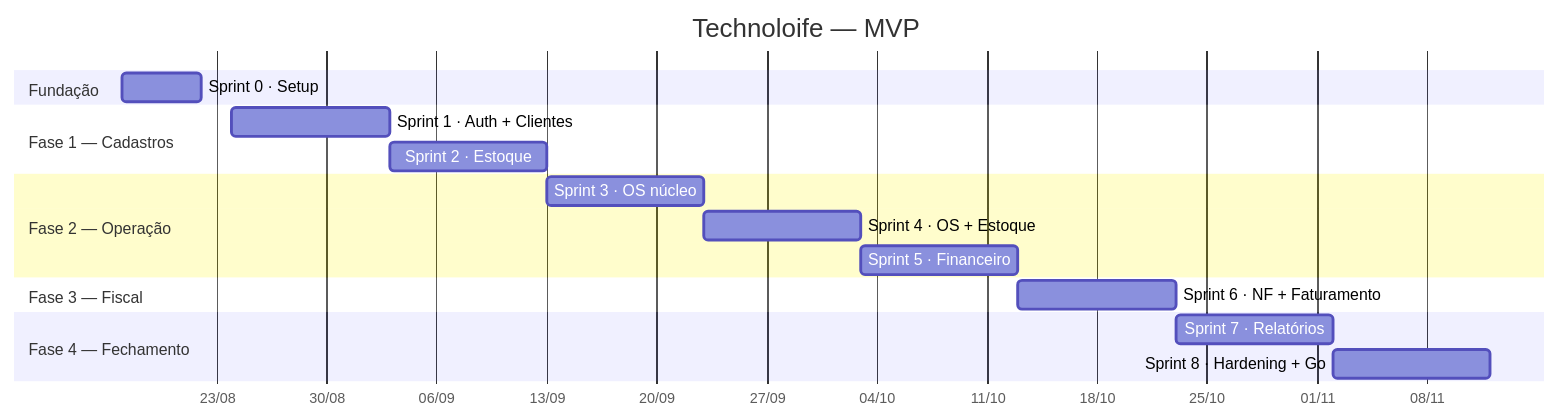
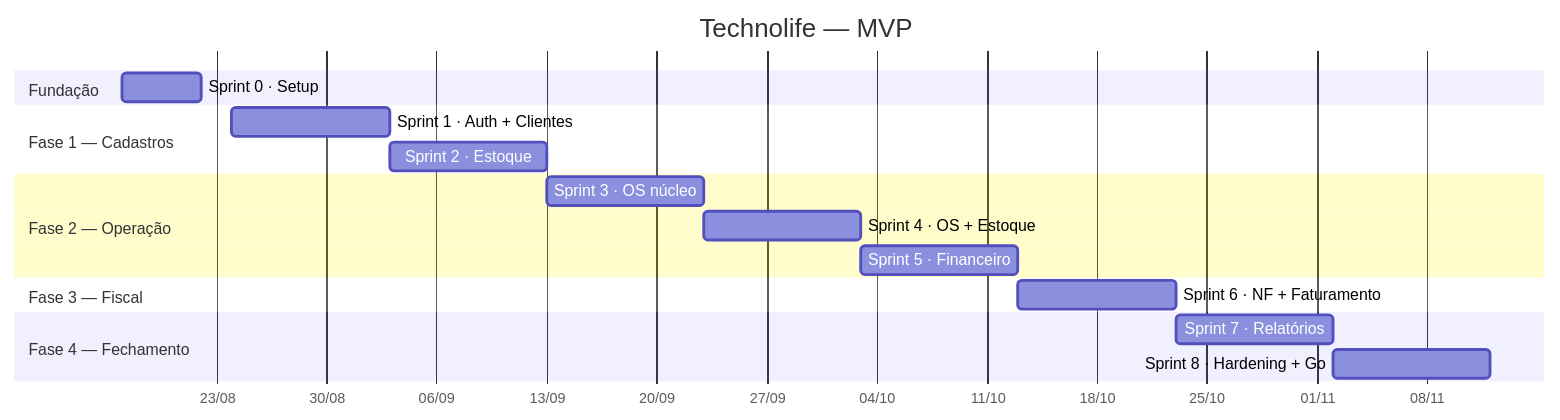
Before and after one commit to cauaprs92/Sistema-de-Ordem-de-Servico-Technolife-: the diagram in docs/10-plano-de-execucao.md, drawn with Mermaid. The commit also changed 22 other files, not shown here.

````diff
--- a/docs/10-plano-de-execucao.md
+++ b/docs/10-plano-de-execucao.md
@@ -23,20 +23,20 @@
 ```mermaid
 gantt
-    title Technoloife — MVP
+    title Technolife — MVP
     dateFormat YYYY-MM-DD
     axisFormat %d/%m
     section Fundação
     Sprint 0 · Setup            :s0, 2026-08-17, 5d
     section Fase 1 — Cadastros
     Sprint 1 · Auth + Clientes  :s1, 2026-08-24, 10d
     Sprint 2 · Estoque          :s2, after s1, 10d
     section Fase 2 — Operação
     Sprint 3 · OS núcleo        :s3, after s2, 10d
     Sprint 4 · OS + Estoque     :s4, after s3, 10d
     Sprint 5 · Financeiro       :s5, after s4, 10d
     section Fase 3 — Fiscal
     Sprint 6 · NF + Faturamento :s6, after s5, 10d
     section Fase 4 — Fechamento
     Sprint 7 · Relatórios       :s7, after s6, 10d
     Sprint 8 · Hardening + Go   :s8, after s7, 10d
 ```
````
